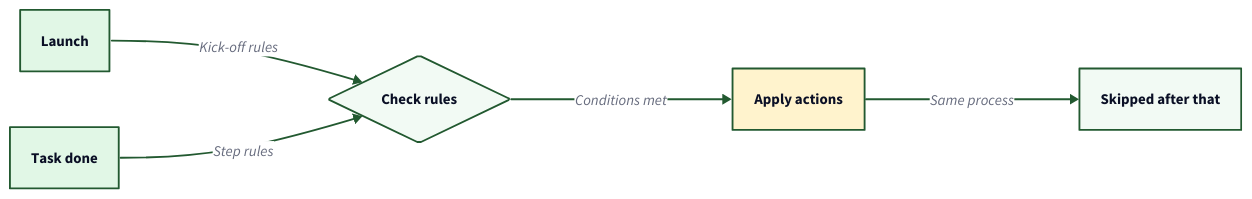
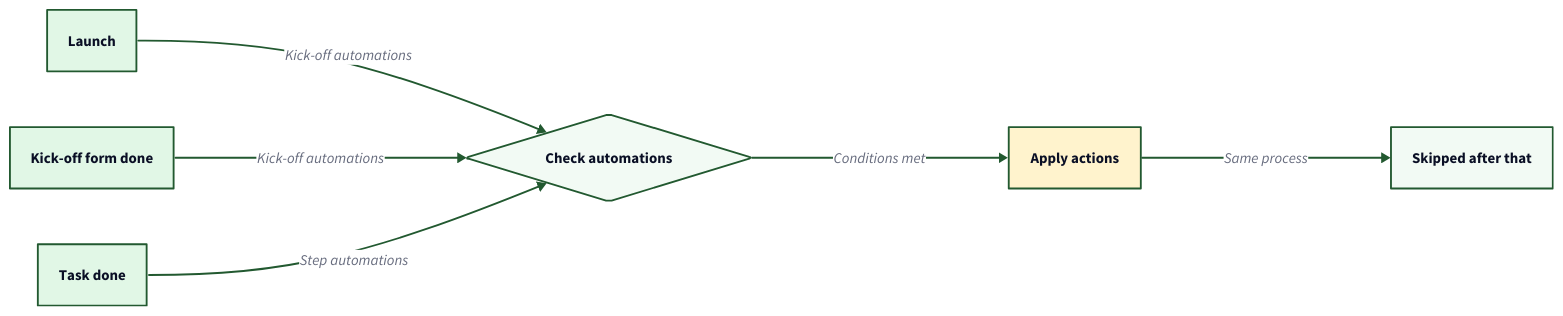
Before and after one commit to tallyfy/documentation: the diagram in src/content/docs/pro/documenting/templates/automations/when-automations-run.mdx, drawn with D2. The commit also changed other lines of this file and 143 other files, not shown here.

````diff
--- a/src/content/docs/pro/documenting/templates/automations/when-automations-run.mdx
+++ b/src/content/docs/pro/documenting/templates/automations/when-automations-run.mdx
@@ -47,47 +48,56 @@
 ```d2
-# The two moments Tallyfy checks an automation
+# The three moments Tallyfy checks an automation
 direction: right
 
 Launch: Launch {
+  shape: rectangle
+  style.fill: "#e1f7e6"
+  style.stroke: "#225930"
+}
+
+Kickoff: Kick-off form done {
   shape: rectangle
   style.fill: "#e1f7e6"
   style.stroke: "#225930"
 }
 
 Done: Task done {
   shape: rectangle
   style.fill: "#e1f7e6"
   style.stroke: "#225930"
 }
 
-Check: Check rules {
+Check: Check automations {
   shape: diamond
   style.fill: "#f2faf4"
   style.stroke: "#225930"
 }
 
 Apply: Apply actions {
   shape: rectangle
   style.fill: "#fff3cd"
   style.stroke: "#225930"
 }
 
 Never: Skipped after that {
   shape: rectangle
   style.fill: "#f2faf4"
   style.stroke: "#225930"
 }
 
-Launch -> Check: Kick-off rules {
+Launch -> Check: Kick-off automations {
   style.stroke: "#225930"
 }
-Done -> Check: Step rules {
+Kickoff -> Check: Kick-off automations {
+  style.stroke: "#225930"
+}
+Done -> Check: Step automations {
   style.stroke: "#225930"
 }
 Check -> Apply: Conditions met {
   style.stroke: "#225930"
 }
 Apply -> Never: Same process {
   style.stroke: "#225930"
 }
 ```
````
